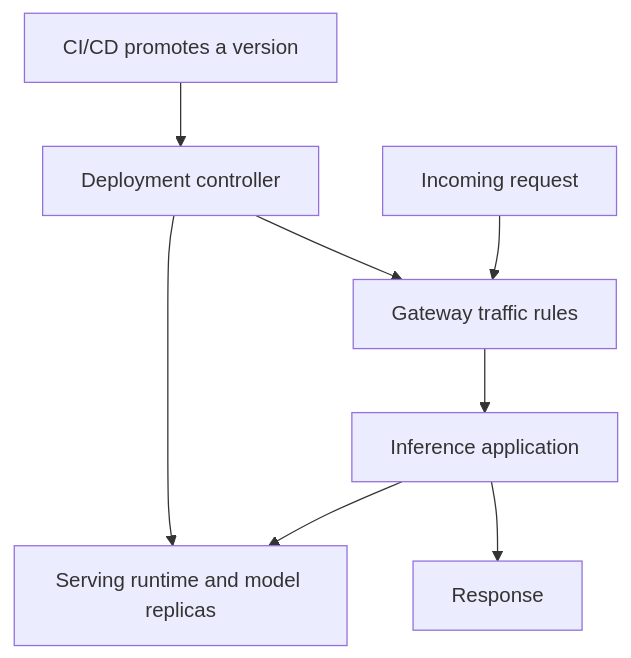
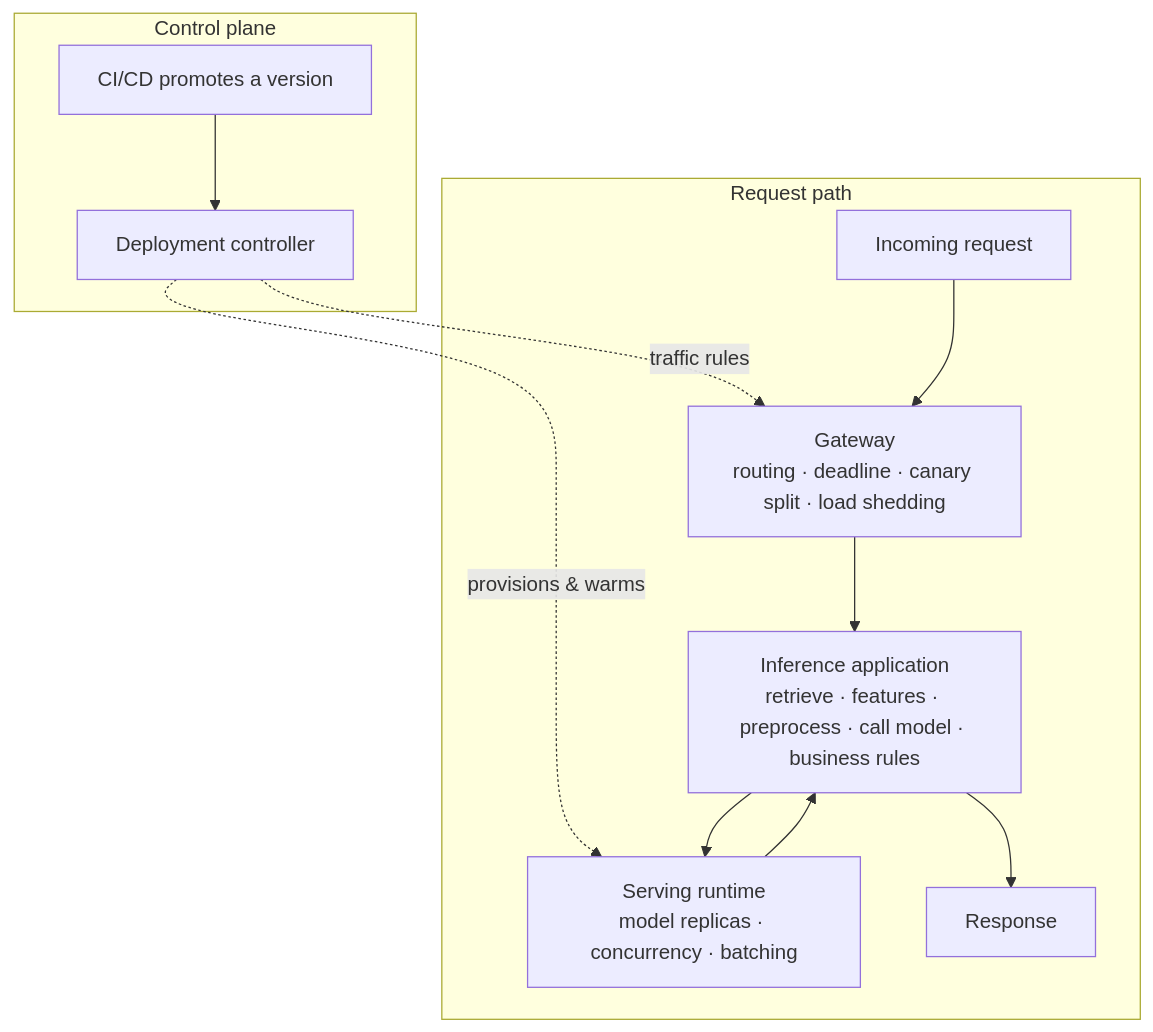
One commit to 4sgupta828/mlplatform changed the first of 5 diagrams in unified-model-serving-plan.md. Above: the diagram before and after it, drawn with Mermaid. The commit also changed other lines of this file, not shown here.

Commit message:
Add diagrams and tables to serving plan

````diff
--- a/unified-model-serving-plan.md
+++ b/unified-model-serving-plan.md
@@ -38,10 +40,16 @@
 ```mermaid
 flowchart TB
-    CI["CI/CD promotes a version"] --> DC["Deployment controller"]
-    DC --> GW["Gateway traffic rules"]
-    DC --> RT["Serving runtime and model replicas"]
-    REQ["Incoming request"] --> GW
-    GW --> APP["Inference application"]
-    APP --> RT
-    APP --> RES["Response"]
+    subgraph Control["Control plane"]
+        CI["CI/CD promotes a version"] --> DC["Deployment controller"]
+    end
+    DC -. traffic rules .-> GW
+    DC -. provisions & warms .-> RT
+
+    subgraph Data["Request path"]
+        REQ["Incoming request"] --> GW["Gateway<br/>routing · deadline · canary split · load shedding"]
+        GW --> APP["Inference application<br/>retrieve · features · preprocess · call model · business rules"]
+        APP --> RT["Serving runtime<br/>model replicas · concurrency · batching"]
+        RT --> APP
+        APP --> RES["Response"]
+    end
 ```
````
